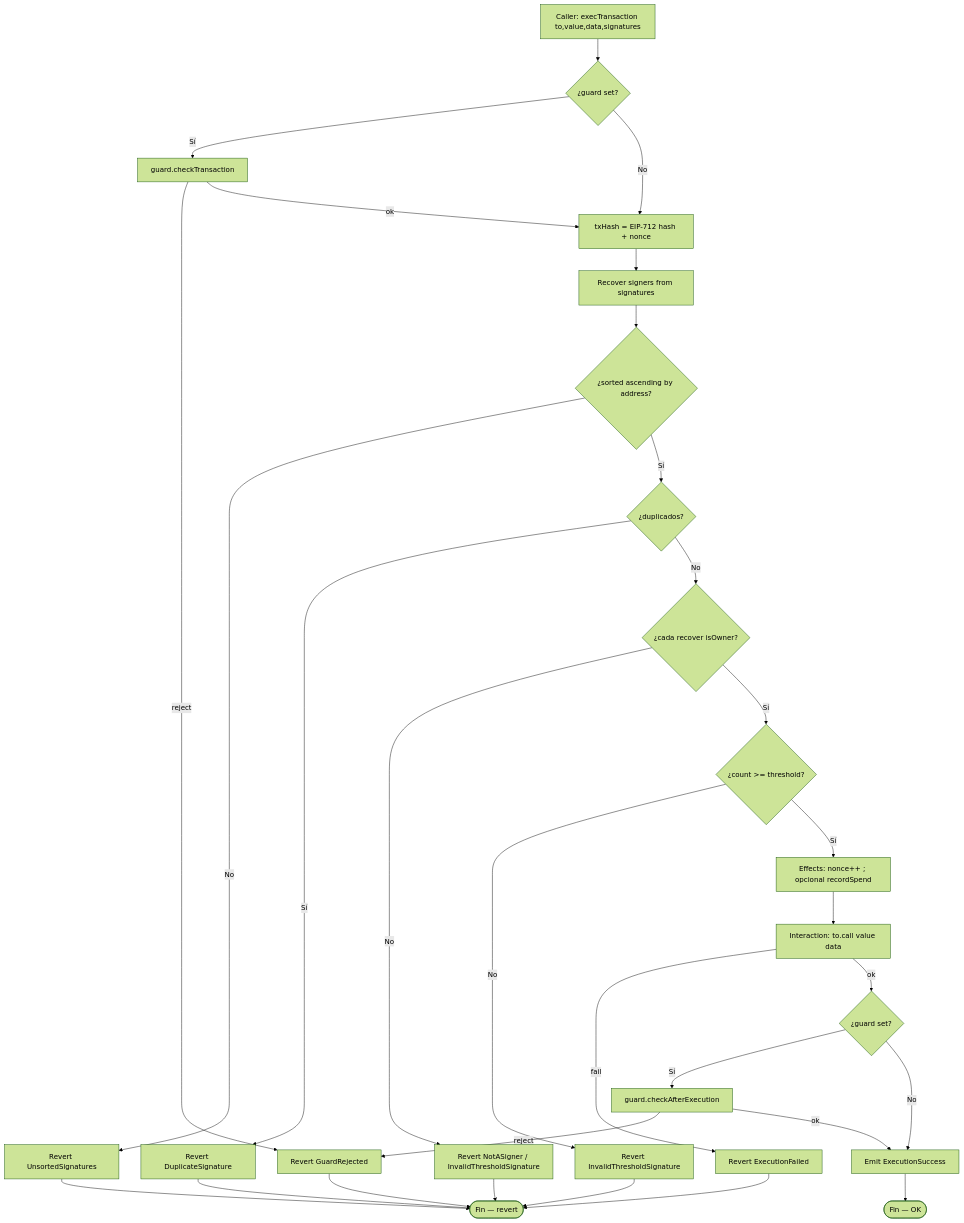
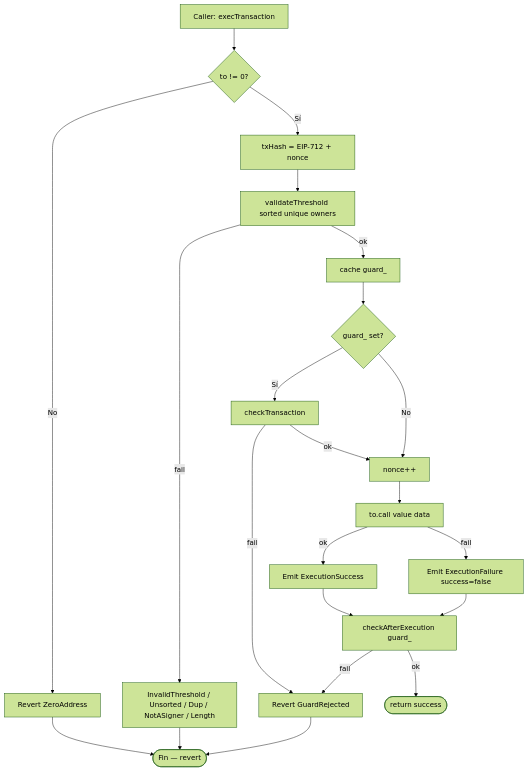
One commit to rastrahm/institutional-custody-mpc changed the first of 6 diagrams in doc/diagrama-de-flujo.md. Above: the diagram before and after it, drawn with Mermaid (forest theme). The commit also changed other lines of this file and 12 other files, not shown here.

````diff
--- a/doc/diagrama-de-flujo.md
+++ b/doc/diagrama-de-flujo.md
@@ -8,32 +8,24 @@
 ```mermaid
 flowchart TD
-    A[Caller: execTransaction to,value,data,signatures] --> B{¿guard set?}
-    B -->|Sí| C[guard.checkTransaction]
-    C -->|reject| Z0[Revert GuardRejected]
-    C -->|ok| D[txHash = EIP-712 hash + nonce]
-    B -->|No| D
-    D --> E[Recover signers from signatures]
-    E --> F{¿sorted ascending by address?}
-    F -->|No| Z1[Revert UnsortedSignatures]
-    F -->|Sí| G{¿duplicados?}
-    G -->|Sí| Z2[Revert DuplicateSignature]
-    G -->|No| H{¿cada recover isOwner?}
-    H -->|No| Z3[Revert NotASigner / InvalidThresholdSignature]
-    H -->|Sí| I{¿count >= threshold?}
-    I -->|No| Z4[Revert InvalidThresholdSignature]
-    I -->|Sí| J[Effects: nonce++ ; opcional recordSpend]
-    J --> K["Interaction: to.call value data"]
-    K -->|fail| Z5[Revert ExecutionFailed]
-    K -->|ok| L{¿guard set?}
-    L -->|Sí| M[guard.checkAfterExecution]
-    M -->|reject| Z0
-    M -->|ok| N[Emit ExecutionSuccess]
-    L -->|No| N
-    N --> Ok([Fin — OK])
+    A[Caller: execTransaction] --> B{to != 0?}
+    B -->|No| Z0[Revert ZeroAddress]
+    B -->|Sí| C[txHash = EIP-712 + nonce]
+    C --> D[validateThreshold sorted unique owners]
+    D -->|fail| Z1[InvalidThreshold / Unsorted / Dup / NotASigner / Length]
+    D -->|ok| E[cache guard_]
+    E --> F{guard_ set?}
+    F -->|Sí| G[checkTransaction]
+    G -->|fail| Z2[Revert GuardRejected]
+    G -->|ok| H[nonce++]
+    F -->|No| H
+    H --> I["to.call value data"]
+    I -->|ok| J[Emit ExecutionSuccess]
+    I -->|fail| K[Emit ExecutionFailure success=false]
+    J --> L[checkAfterExecution guard_]
+    K --> L
+    L -->|fail| Z2
+    L -->|ok| Ok([return success])
     Z0 --> End([Fin — revert])
     Z1 --> End
     Z2 --> End
-    Z3 --> End
-    Z4 --> End
-    Z5 --> End
 ```
````
